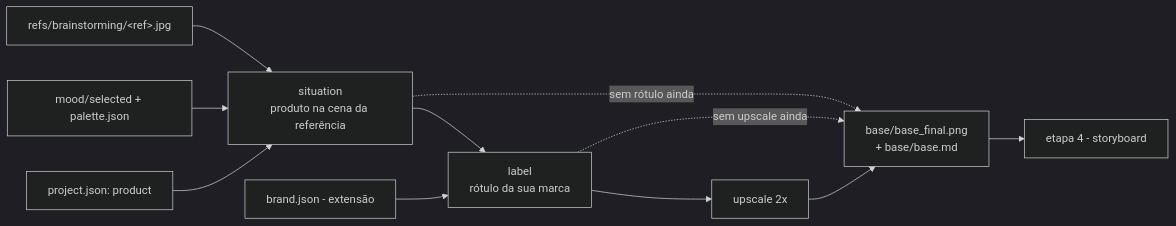
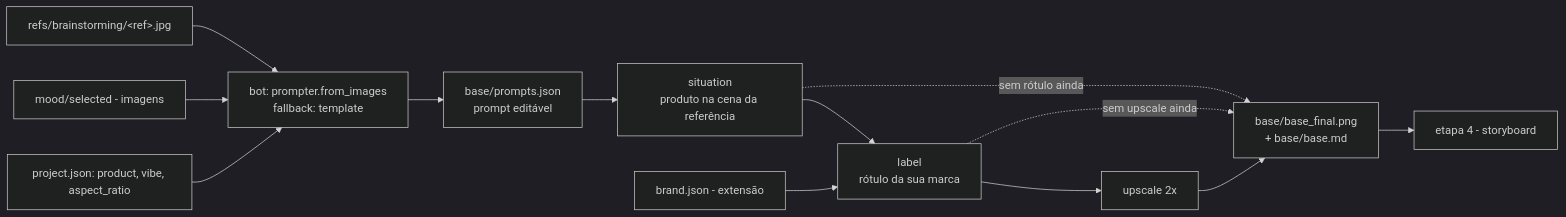
Before and after one commit to Arthur-Diego/orquestrador-studio: the third of 4 diagrams in docs/domains/base/diagrams/mermaid/fluxo-imagem-base.md, drawn with Mermaid (dark theme). The commit also changed other lines of this file and 15 other files, not shown here.

First line of the commit message:
[OS-015] Etapa 3 — bot da aula na imagem base, sessão sem viés e guia

````diff
--- a/docs/domains/base/diagrams/mermaid/fluxo-imagem-base.md
+++ b/docs/domains/base/diagrams/mermaid/fluxo-imagem-base.md
@@ -62,13 +75,15 @@
 ```mermaid
 flowchart LR
-    REFS[refs/brainstorming/&lt;ref&gt;.jpg] --> SIT
-    MOOD[mood/selected + palette.json] --> SIT
-    PROD[project.json: product] --> SIT
+    REFS[refs/brainstorming/&lt;ref&gt;.jpg] --> BOT
+    MOOD[mood/selected - imagens] --> BOT
+    PROD[project.json: product, vibe, aspect_ratio] --> BOT
+    BOT[bot: prompter.from_images<br/>fallback: template] --> PROMPT[base/prompts.json<br/>prompt editável]
+    PROMPT --> SIT
     SIT[situation<br/>produto na cena da referência] --> LAB[label<br/>rótulo da sua marca]
     BRAND[brand.json - extensão] --> LAB
     LAB --> UPS[upscale 2x]
     SIT -.->|sem rótulo ainda| FINAL
     LAB -.->|sem upscale ainda| FINAL
     UPS --> FINAL[base/base_final.png<br/>+ base/base.md]
     FINAL --> SB[etapa 4 - storyboard]
 ```
````
